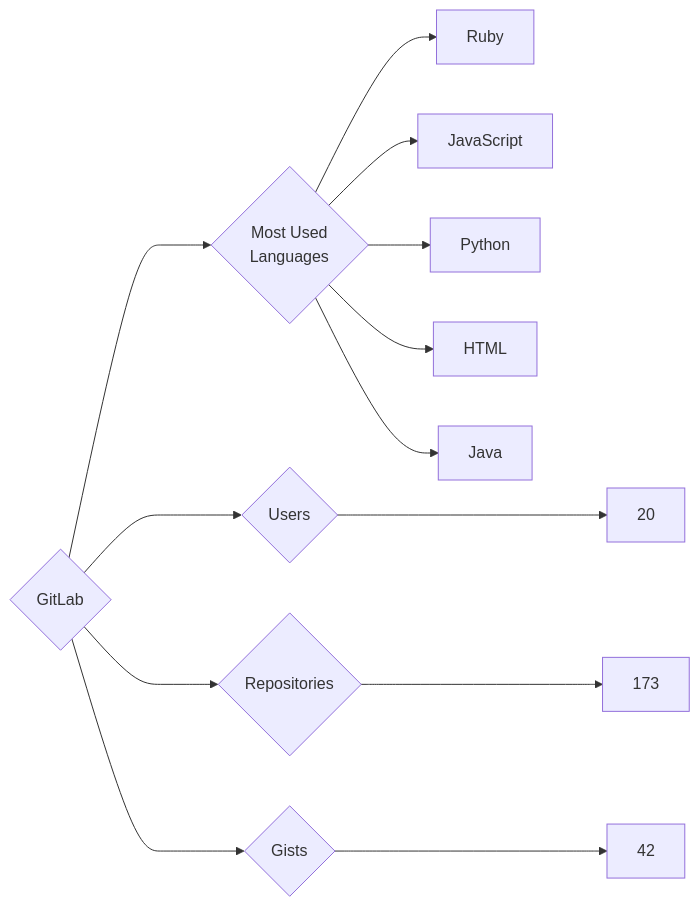
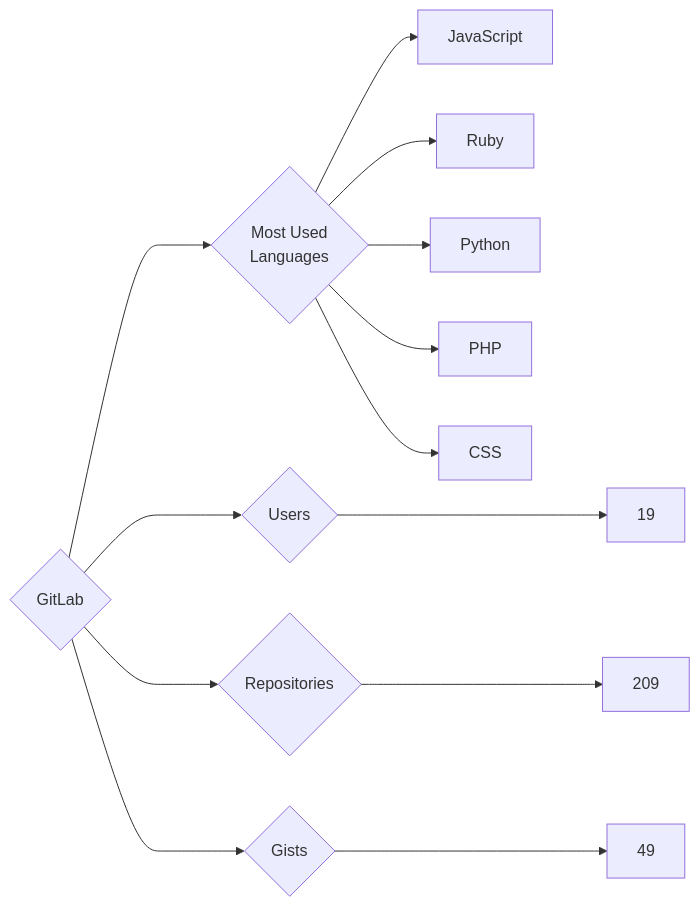
The diagram in targets/GitLab/README.md (trickest/insiders), drawn with Mermaid before and after one commit. The commit also changed 914 other files, not shown here.

````diff
--- a/targets/GitLab/README.md
+++ b/targets/GitLab/README.md
@@ -3,13 +3,13 @@
 ```mermaid
 graph LR
 COMPANY_NAME{GitLab}
-COMPANY_NAME ---> U{Users} ---> UN[20]
-COMPANY_NAME ---> R{Repositories} ---> RN[173]
-COMPANY_NAME ---> G{Gists} ---> GN[42]
+COMPANY_NAME ---> U{Users} ---> UN[19]
+COMPANY_NAME ---> R{Repositories} ---> RN[209]
+COMPANY_NAME ---> G{Gists} ---> GN[49]
 COMPANY_NAME ---> ML{Most Used<br>Languages}
+ML --> JavaScript[JavaScript]
 ML --> Ruby[Ruby]
-ML --> JavaScript[JavaScript]
 ML --> Python[Python]
-ML --> HTML[HTML]
-ML --> Java[Java]
+ML --> PHP[PHP]
+ML --> CSS[CSS]
 ```
````
